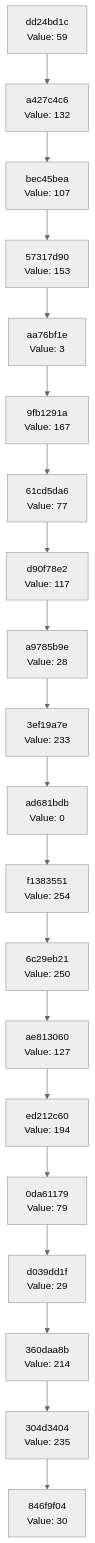
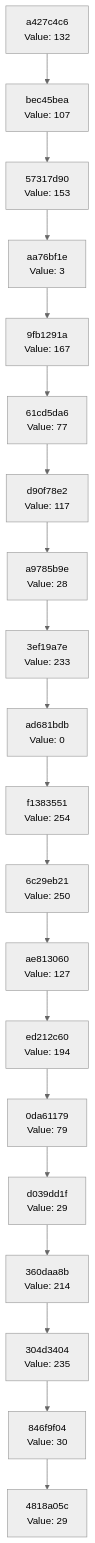
One commit to Abhisheksinha1506/hash-chain-evolver changed the diagram in docs/CHAIN_VISUALIZATION.md. Above: the diagram before and after it, drawn with Mermaid (neutral theme). The commit also changed 2 other files, not shown here.

Commit message:
Evolution step: hash 0x1D → action executed

````diff
--- a/docs/CHAIN_VISUALIZATION.md
+++ b/docs/CHAIN_VISUALIZATION.md
@@ -3,42 +3,42 @@
 ```mermaid
 graph TD
-    C0["846f9f04<br/>Value: 30"]
-    C1["304d3404<br/>Value: 235"]
+    C0["4818a05c<br/>Value: 29"]
+    C1["846f9f04<br/>Value: 30"]
     C1 --> C0
-    C2["360daa8b<br/>Value: 214"]
+    C2["304d3404<br/>Value: 235"]
     C2 --> C1
-    C3["d039dd1f<br/>Value: 29"]
+    C3["360daa8b<br/>Value: 214"]
     C3 --> C2
-    C4["0da61179<br/>Value: 79"]
+    C4["d039dd1f<br/>Value: 29"]
     C4 --> C3
-    C5["ed212c60<br/>Value: 194"]
+    C5["0da61179<br/>Value: 79"]
     C5 --> C4
-    C6["ae813060<br/>Value: 127"]
+    C6["ed212c60<br/>Value: 194"]
     C6 --> C5
-    C7["6c29eb21<br/>Value: 250"]
+    C7["ae813060<br/>Value: 127"]
     C7 --> C6
-    C8["f1383551<br/>Value: 254"]
+    C8["6c29eb21<br/>Value: 250"]
     C8 --> C7
-    C9["ad681bdb<br/>Value: 0"]
+    C9["f1383551<br/>Value: 254"]
     C9 --> C8
-    C10["3ef19a7e<br/>Value: 233"]
+    C10["ad681bdb<br/>Value: 0"]
     C10 --> C9
-    C11["a9785b9e<br/>Value: 28"]
+    C11["3ef19a7e<br/>Value: 233"]
     C11 --> C10
-    C12["d90f78e2<br/>Value: 117"]
+    C12["a9785b9e<br/>Value: 28"]
     C12 --> C11
-    C13["61cd5da6<br/>Value: 77"]
+    C13["d90f78e2<br/>Value: 117"]
     C13 --> C12
-    C14["9fb1291a<br/>Value: 167"]
+    C14["61cd5da6<br/>Value: 77"]
     C14 --> C13
-    C15["aa76bf1e<br/>Value: 3"]
+    C15["9fb1291a<br/>Value: 167"]
     C15 --> C14
-    C16["57317d90<br/>Value: 153"]
+    C16["aa76bf1e<br/>Value: 3"]
     C16 --> C15
-    C17["bec45bea<br/>Value: 107"]
+    C17["57317d90<br/>Value: 153"]
     C17 --> C16
-    C18["a427c4c6<br/>Value: 132"]
+    C18["bec45bea<br/>Value: 107"]
     C18 --> C17
-    C19["dd24bd1c<br/>Value: 59"]
+    C19["a427c4c6<br/>Value: 132"]
     C19 --> C18
 ```
````
